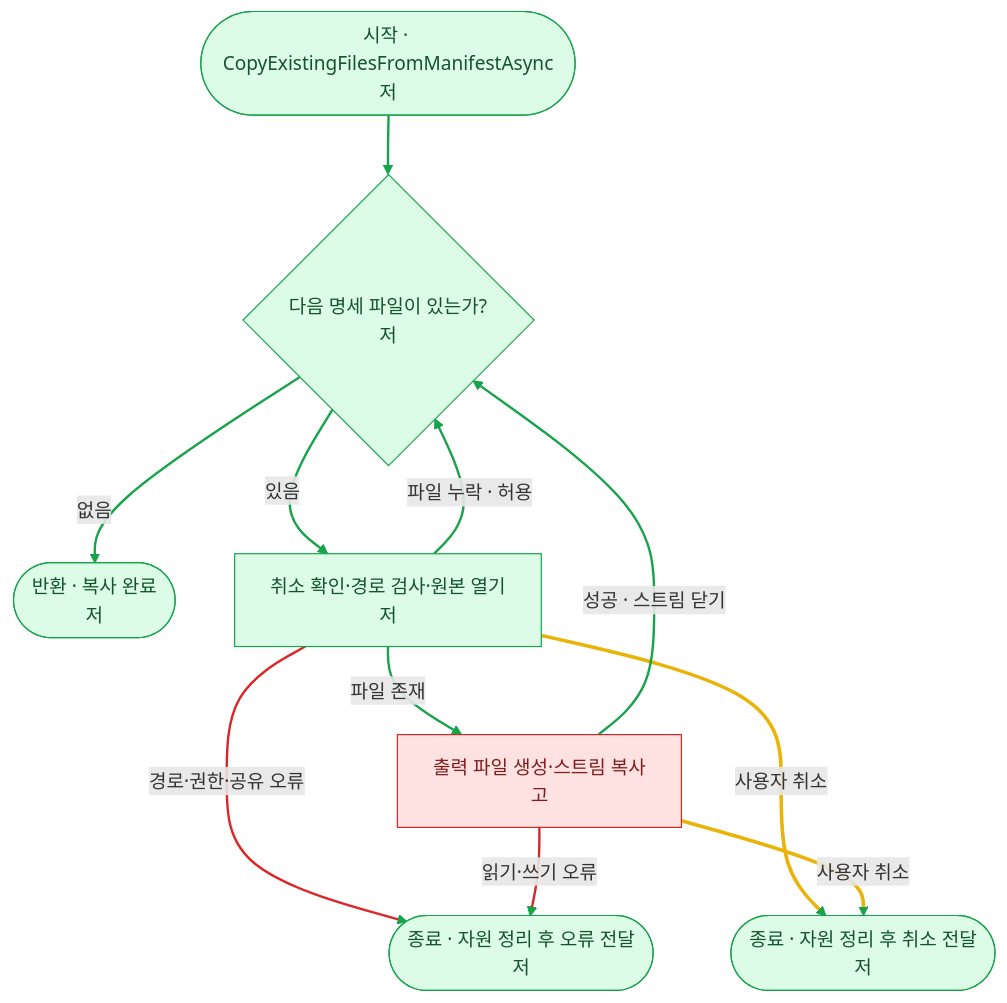
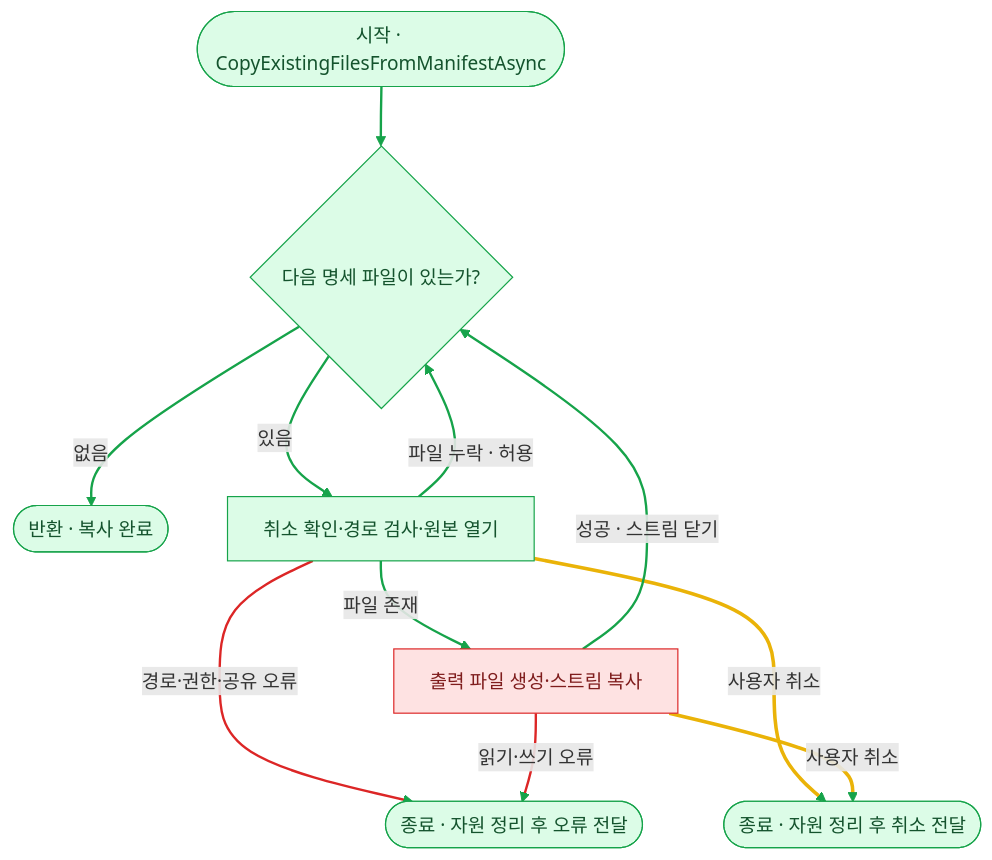
The sixth of 8 diagrams in skills/algorithm-flowchart/references/examples.md (ParkMinDev/AgentSkills), drawn with Mermaid before and after one commit. The commit also changed other lines of this file and 2 other files, not shown here.

Commit message:
Improve flowchart function titles and visibility notation

````diff
--- a/skills/algorithm-flowchart/references/examples.md
+++ b/skills/algorithm-flowchart/references/examples.md
@@ -160,20 +160,20 @@
 ```mermaid
 flowchart TD
-    START(["시작 · CopyExistingFilesFromManifestAsync<br/>저"]) --> NEXT{"다음 명세 파일이 있는가?<br/>저"}
-    NEXT -->|없음| DONE(["반환 · 복사 완료<br/>저"])
-    NEXT -->|있음| OPEN["취소 확인·경로 검사·원본 열기<br/>저"]
+    START(["시작 · CopyExistingFilesFromManifestAsync"]) --> NEXT{"다음 명세 파일이 있는가?"}
+    NEXT -->|없음| DONE(["반환 · 복사 완료"])
+    NEXT -->|있음| OPEN["취소 확인·경로 검사·원본 열기"]
     OPEN -->|파일 누락 · 허용| NEXT
-    OPEN -->|파일 존재| COPY["출력 파일 생성·스트림 복사<br/>고"]
-    OPEN -->|경로·권한·공유 오류| ERROR(["종료 · 자원 정리 후 오류 전달<br/>저"])
-    OPEN -->|사용자 취소| CANCEL(["종료 · 자원 정리 후 취소 전달<br/>저"])
+    OPEN -->|파일 존재| COPY["출력 파일 생성·스트림 복사"]
+    OPEN -->|경로·권한·공유 오류| ERROR(["종료 · 자원 정리 후 오류 전달"])
+    OPEN -->|사용자 취소| CANCEL(["종료 · 자원 정리 후 취소 전달"])
     COPY -->|성공 · 스트림 닫기| NEXT
     COPY -->|읽기·쓰기 오류| ERROR
     COPY -->|사용자 취소| CANCEL
     classDef low fill:#dcfce7,stroke:#16a34a,color:#14532d
     classDef high fill:#fee2e2,stroke:#dc2626,color:#7f1d1d
     class START,NEXT,DONE,OPEN,ERROR,CANCEL low
     class COPY high
     linkStyle default stroke:#16A34A,stroke-width:2px
     linkStyle 5,8 stroke:#DC2626,stroke-width:2px
     linkStyle 6,9 stroke:#EAB308,stroke-width:3px
 ```
````
